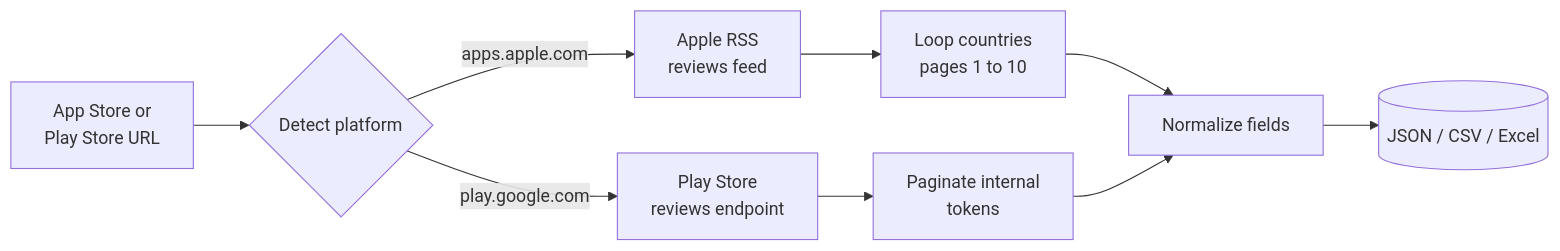
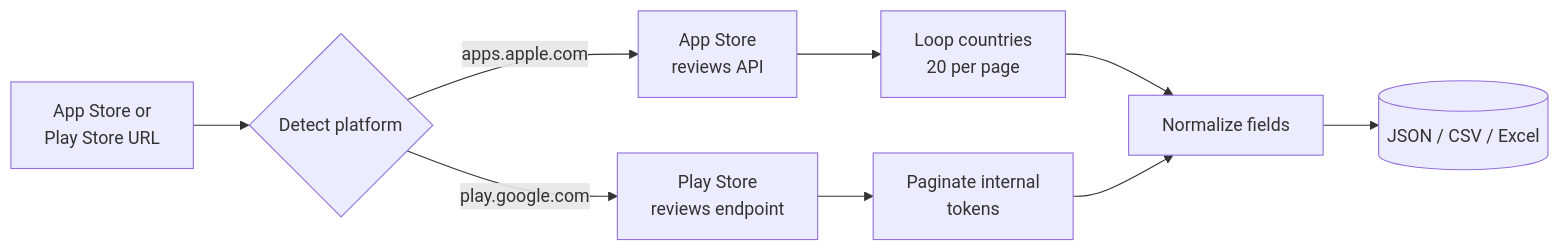
Before and after one commit to Ken-Mutisya/scrapemint: the second of 3 diagrams in actors/app-review-intelligence/README.md, drawn with Mermaid. The commit also changed other lines of this file and 2 other files, not shown here.

First line of the commit message:
app-review-intelligence: fix failing runs and dead iOS feed

````diff
--- a/actors/app-review-intelligence/README.md
+++ b/actors/app-review-intelligence/README.md
@@ -34,11 +34,11 @@
 ```mermaid
 flowchart LR
     A[App Store or<br/>Play Store URL] --> B{Detect platform}
-    B -->|apps.apple.com| C[Apple RSS<br/>reviews feed]
+    B -->|apps.apple.com| C[App Store<br/>reviews API]
     B -->|play.google.com| D[Play Store<br/>reviews endpoint]
-    C --> E[Loop countries<br/>pages 1 to 10]
+    C --> E[Loop countries<br/>20 per page]
     D --> F[Paginate internal<br/>tokens]
     E --> G[Normalize fields]
     F --> G
     G --> H[(JSON / CSV / Excel)]
 ```
````
